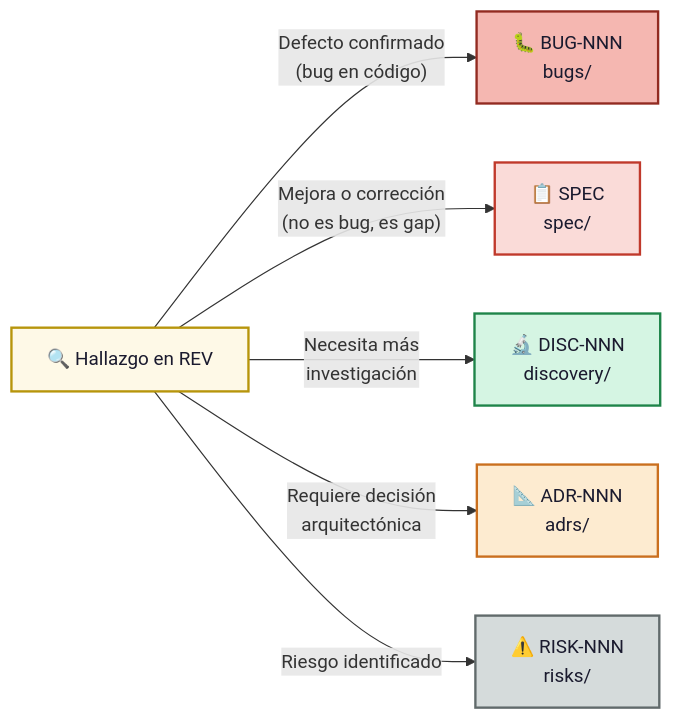
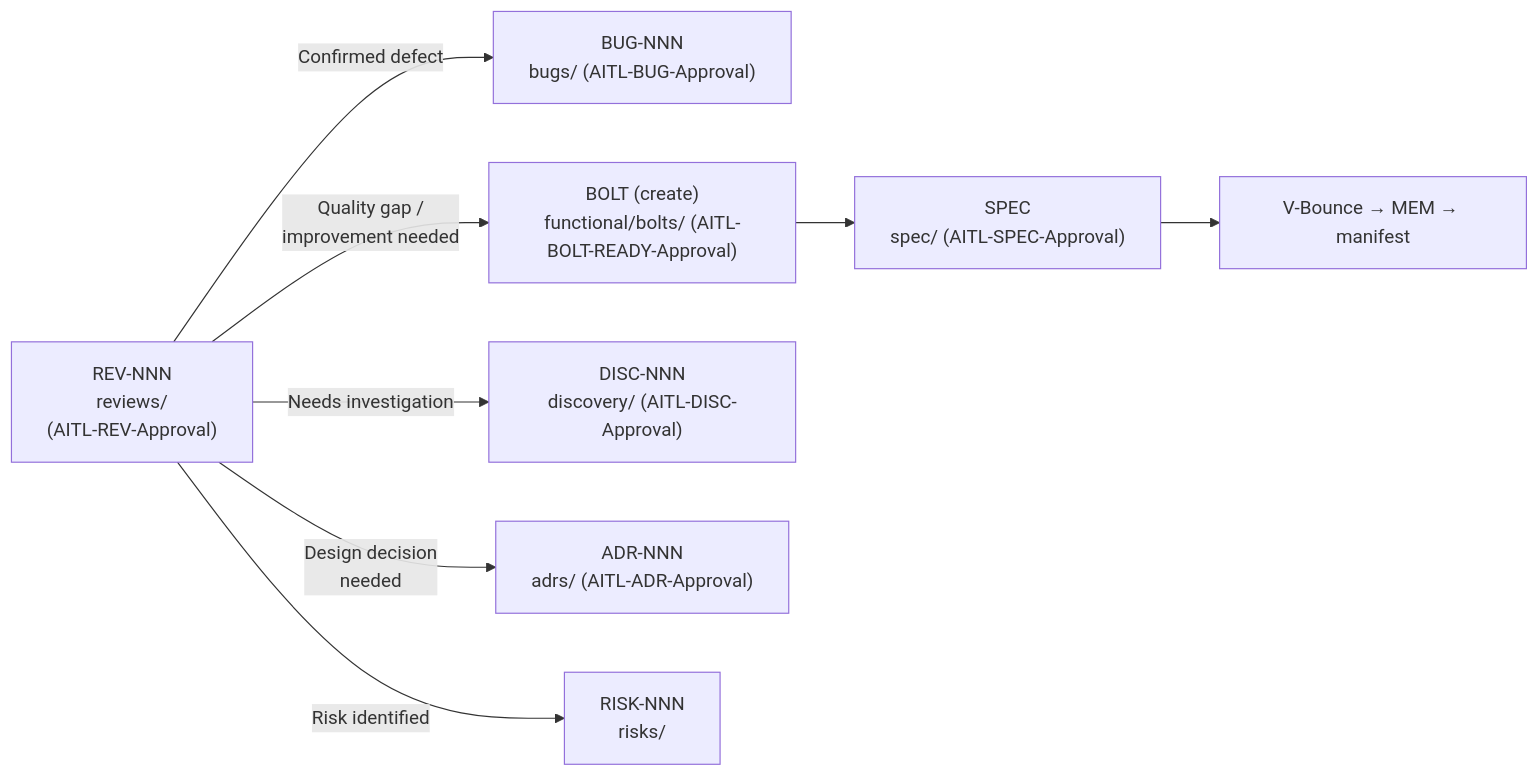
The second of 2 diagrams in devflow/reviews/README.md (EugenioSerrano/Cooperator), drawn with Mermaid before and after one commit. The commit also changed other lines of this file and 198 other files, not shown here.

````diff
--- a/devflow/reviews/README.md
+++ b/devflow/reviews/README.md
@@ -73,24 +113,13 @@
 ```mermaid
 flowchart LR
-    REV["🔍 Hallazgo en REV"]
+    REV["REV-NNN<br/>reviews/<br/>(AITL-REV-Approval)"]
 
-    REV -->|"Defecto confirmado<br>(bug en código)"| BUG["🐛 BUG-NNN<br>bugs/"]
-    REV -->|"Mejora o corrección<br>(no es bug, es gap)"| SPEC["📋 SPEC<br>spec/"]
-    REV -->|"Necesita más<br>investigación"| DISC["🔬 DISC-NNN<br>discovery/"]
-    REV -->|"Requiere decisión<br>arquitectónica"| ADR["📐 ADR-NNN<br>adrs/"]
-    REV -->|"Riesgo identificado"| RISK["⚠️ RISK-NNN<br>risks/"]
+    REV -->|"Confirmed defect"| BUG["BUG-NNN<br/>bugs/ (AITL-BUG-Approval)"]
+    REV -->|"Quality gap /<br/>improvement needed"| BOLT["BOLT (create)<br/>functional/bolts/ (AITL-BOLT-READY-Approval)"]
+    REV -->|"Needs investigation"| DISC["DISC-NNN<br/>discovery/ (AITL-DISC-Approval)"]
+    REV -->|"Design decision<br/>needed"| ADR["ADR-NNN<br/>adrs/ (AITL-ADR-Approval)"]
+    REV -->|"Risk identified"| RISK["RISK-NNN<br/>risks/"]
 
-    classDef revStyle fill:#fef9e7,stroke:#b7950b,stroke-width:2px,color:#1a1a2e
-    classDef bugStyle fill:#f5b7b1,stroke:#922b21,stroke-width:2px,color:#1a1a2e
-    classDef specStyle fill:#fadbd8,stroke:#c0392b,stroke-width:2px,color:#1a1a2e
-    classDef discStyle fill:#d5f5e3,stroke:#1e8449,stroke-width:2px,color:#1a1a2e
-    classDef adrStyle fill:#fdebd0,stroke:#ca6f1e,stroke-width:2px,color:#1a1a2e
-    classDef riskStyle fill:#d5dbdb,stroke:#616a6b,stroke-width:2px,color:#1a1a2e
-
-    class REV revStyle
-    class BUG bugStyle
-    class SPEC specStyle
-    class DISC discStyle
-    class ADR adrStyle
-    class RISK riskStyle
+    BOLT --> SPEC["SPEC<br/>spec/ (AITL-SPEC-Approval)"]
+    SPEC --> VBOUNCE["V-Bounce → MEM → manifest"]
 ```
````
